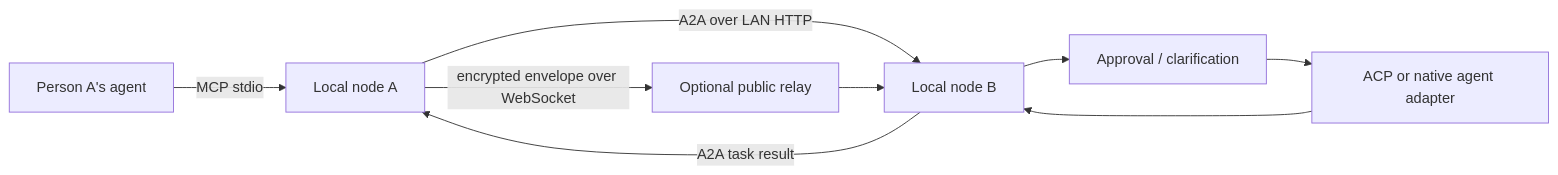
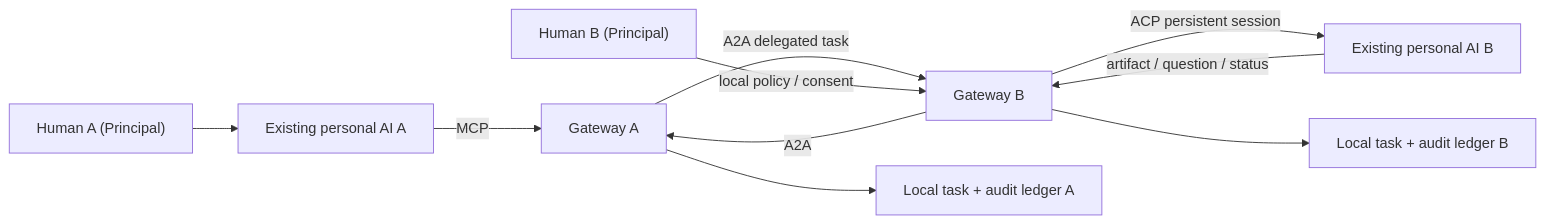
The diagram in docs/architecture.md (cjy4979/JustAskMyAI), drawn with Mermaid before and after one commit. The commit also changed other lines of this file and 25 other files, not shown here.

````diff
--- a/docs/architecture.md
+++ b/docs/architecture.md
@@ -14,11 +29,12 @@
 ```mermaid
 flowchart LR
-  A["Person A's agent"] -->|"MCP stdio"| NA["Local node A"]
-  NA -->|"A2A over LAN HTTP"| NB["Local node B"]
-  NA -->|"encrypted envelope over WebSocket"| H["Optional public relay"]
-  H --> NB
-  NB --> P["Approval / clarification"]
-  P --> RA["ACP or native agent adapter"]
-  RA --> NB
-  NB -->|"A2A task result"| NA
+  HA["Human A (Principal)"] --> AA["Existing personal AI A"]
+  AA -->|"MCP"| GA["Gateway A"]
+  GA -->|"A2A delegated task"| GB["Gateway B"]
+  HB["Human B (Principal)"] -->|"local policy / consent"| GB
+  GB -->|"ACP persistent session"| AB["Existing personal AI B"]
+  AB -->|"artifact / question / status"| GB
+  GB -->|"A2A"| GA
+  GA --> LA["Local task + audit ledger A"]
+  GB --> LB["Local task + audit ledger B"]
 ```
````
